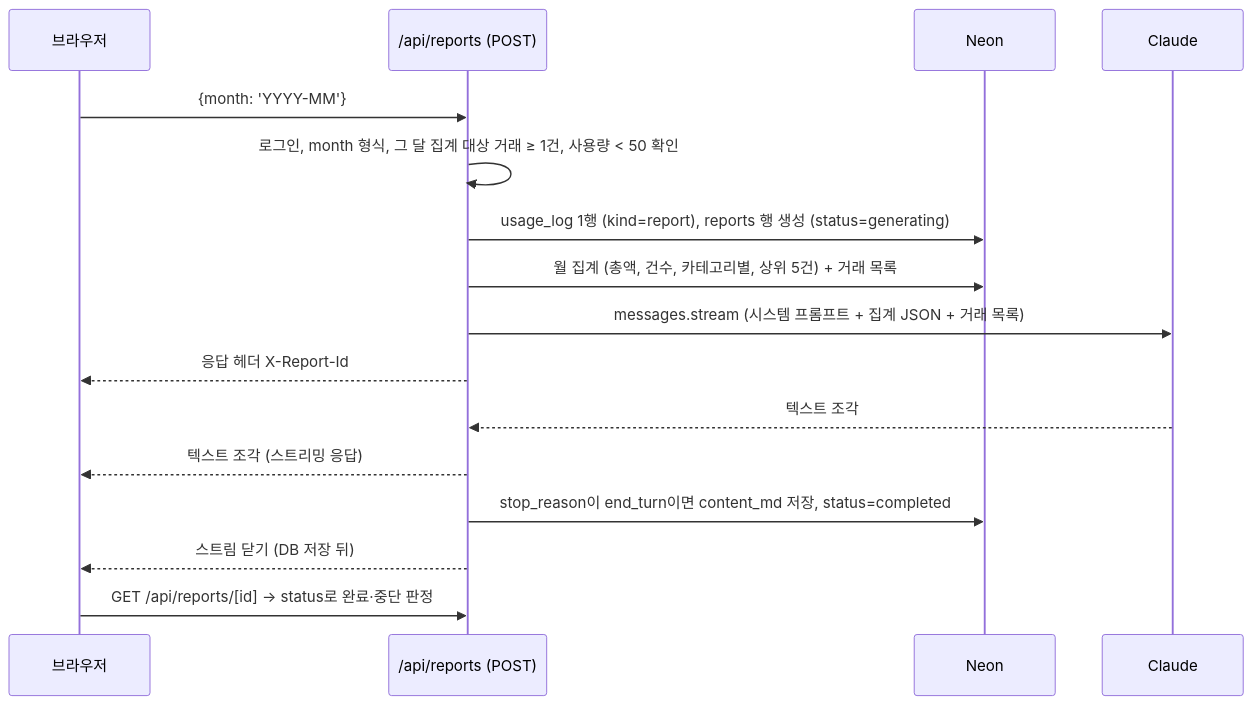
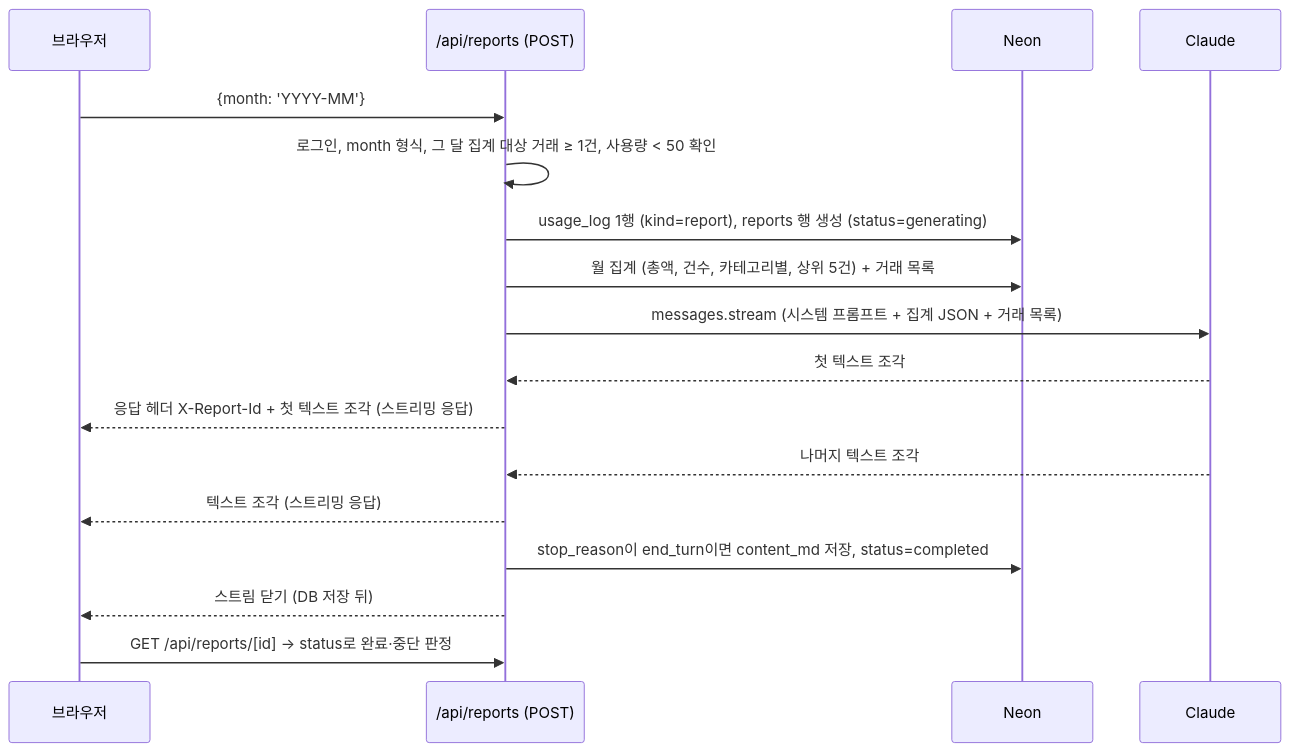
One commit to DHChe/fc-Agentic-Workflow-prac changed the third of 3 diagrams in docs/ARCHITECTURE.md. Above: the diagram before and after it, drawn with Mermaid. The commit also changed other lines of this file and 2 other files, not shown here.

Commit message:
docs: X-Report-Id 시점과 "툴팁" 표현을 구현에 맞춘다
- ARCH 5.3 다이어그램이 X-Report-Id를 첫 조각보다 먼저 보내는 것처럼 그려져
  있었다. 헤더를 먼저 보내면 상태 코드가 200으로 굳어 "글이 오기 전 실패"를
  HTTP 오류로 알릴 수 없다(USER_FLOWS 7.5). NDJSON을 두지 않는 이상(ADR-26)
  첫 조각을 기다리는 방법뿐이라 코드가 아니라 다이어그램을 고친다.
- USER_FLOWS 7.5·7.6·G-9의 "툴팁"을 "한 줄 안내"로 고친다. 구현은 버튼 옆
  한 줄이고, 더 나중 결정인 design.md 6.9가 그렇게 적고 있다.
- 묶음 2 step1의 "빈 스트림도 502" 결정에 500으로 바꿨다는 정정 메모를 단다.

이슈 #12

````diff
--- a/docs/ARCHITECTURE.md
+++ b/docs/ARCHITECTURE.md
@@ -197,19 +197,20 @@
 ```mermaid
 sequenceDiagram
   participant U as 브라우저
   participant R as /api/reports (POST)
   participant D as Neon
   participant L as Claude
 
   U->>R: {month: 'YYYY-MM'}
   R->>R: 로그인, month 형식, 그 달 집계 대상 거래 ≥ 1건, 사용량 < 50 확인
   R->>D: usage_log 1행 (kind=report), reports 행 생성 (status=generating)
   R->>D: 월 집계 (총액, 건수, 카테고리별, 상위 5건) + 거래 목록
   R->>L: messages.stream (시스템 프롬프트 + 집계 JSON + 거래 목록)
-  R-->>U: 응답 헤더 X-Report-Id
-  L-->>R: 텍스트 조각
+  L-->>R: 첫 텍스트 조각
+  R-->>U: 응답 헤더 X-Report-Id + 첫 텍스트 조각 (스트리밍 응답)
+  L-->>R: 나머지 텍스트 조각
   R-->>U: 텍스트 조각 (스트리밍 응답)
   R->>D: stop_reason이 end_turn이면 content_md 저장, status=completed
   R-->>U: 스트림 닫기 (DB 저장 뒤)
   U->>R: GET /api/reports/[id] → status로 완료·중단 판정
 ```
````
